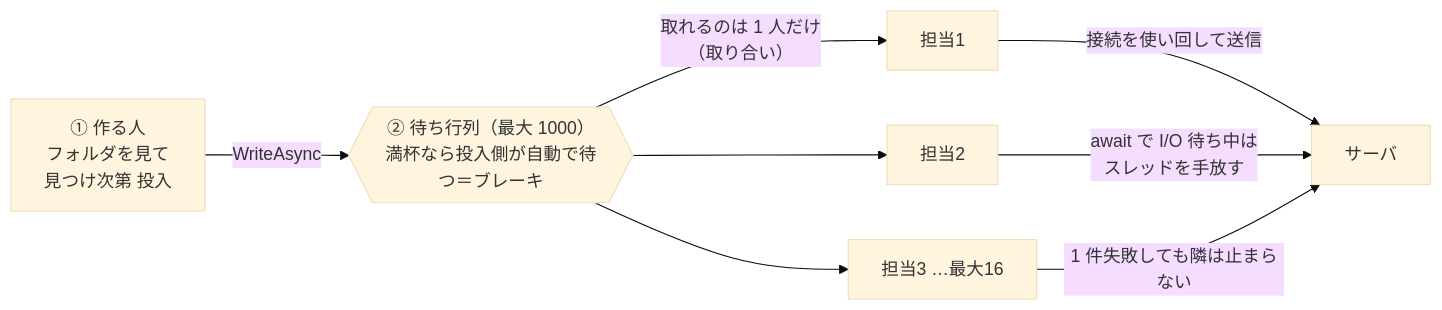
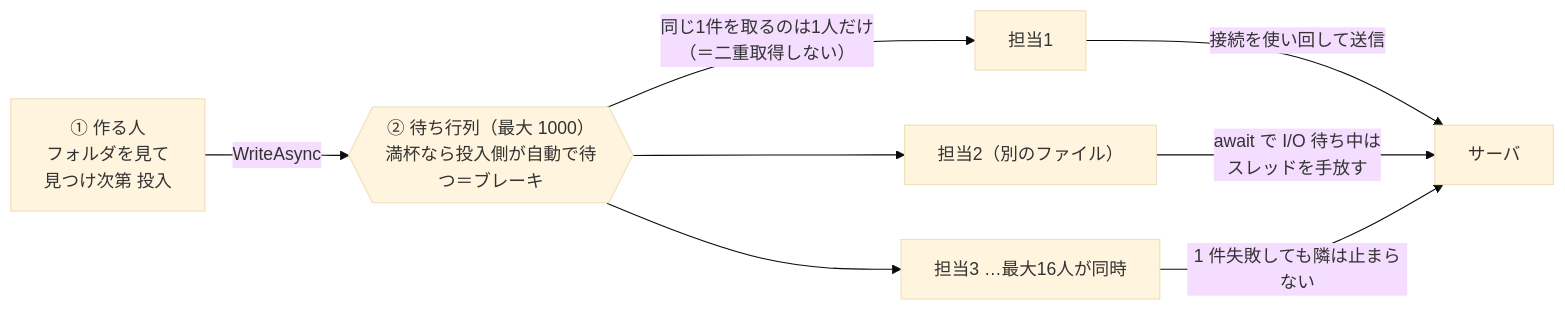
Before and after one commit to siroco-kyon/ftp-transfer-agent: the fifth of 6 diagrams in docs/fanout-and-parallelism.md, drawn with Mermaid (base theme). The commit also changed other lines of this file and 2 other files, not shown here.

Commit message:
docs: 並列図の「取れるのは1人だけ」を明確化＋スライドの不自然な日本語を修正
「取れるのは1人だけ」が「同時に1件しか送れない」と誤読されるため、
「同じ1件を取るのは1人だけ＝二重取得しない（担当の数だけ＝最大16件が同時）」
と図・文言を修正（SVG / ASCII / Mermaid / 補足）。

あわせてスライド本文の不自然な日本語を修正:
- 「機能たち」→「機能」
- 「いつの間にか止まってた」→「…止まっていた」
- 「転送順序は…を保証」→「必ず『データ→END』の順で転送（順序を保証）」
- 「メール洪水を防止」→「メールが大量送信されるのを防止」

Claude-Session: https://claude.ai/code/session_01AjKggnebLARSspSGCZbXas

````diff
--- a/docs/fanout-and-parallelism.md
+++ b/docs/fanout-and-parallelism.md
@@ -632,11 +633,11 @@
 ```mermaid
 flowchart LR
     Prod["① 作る人<br/>フォルダを見て<br/>見つけ次第 投入"]
     Prod -->|WriteAsync| Ch{{"② 待ち行列（最大 1000）<br/>満杯なら投入側が自動で待つ＝ブレーキ"}}
-    Ch -->|取れるのは 1 人だけ<br/>（取り合い）| W1["担当1"]
-    Ch --> W2["担当2"]
-    Ch --> W3["担当3 …最大16"]
+    Ch -->|"同じ1件を取るのは1人だけ<br/>（＝二重取得しない）"| W1["担当1"]
+    Ch --> W2["担当2（別のファイル）"]
+    Ch --> W3["担当3 …最大16人が同時"]
     W1 -->|接続を使い回して送信| Net["サーバ"]
     W2 -->|"await で I/O 待ち中は<br/>スレッドを手放す"| Net
     W3 -->|1 件失敗しても隣は止まらない| Net
 ```
````
